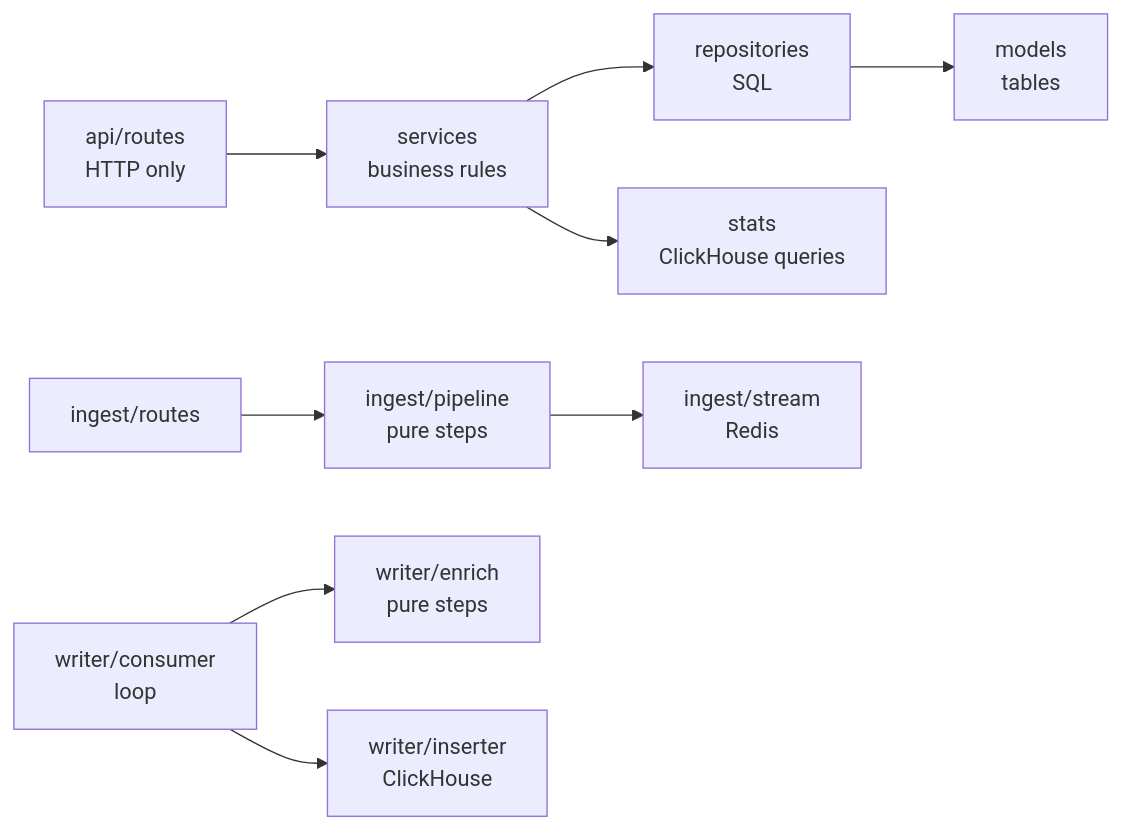
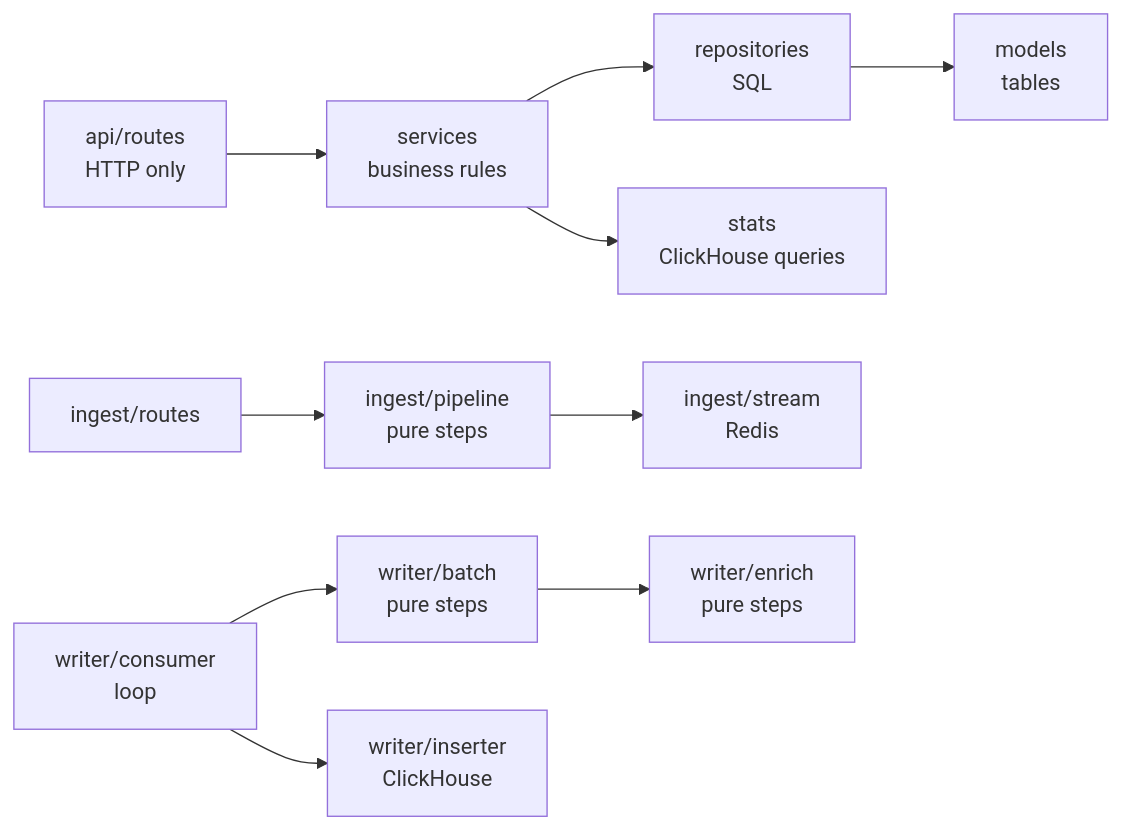
Before and after one commit to AntonBurduzha/mieru: the diagram in docs/conventions.md, drawn with Mermaid. The commit also changed other lines of this file and 25 other files, not shown here.

````diff
--- a/docs/conventions.md
+++ b/docs/conventions.md
@@ -112,11 +112,12 @@
 ```mermaid
 flowchart LR
     R["api/routes<br/>HTTP only"] --> S["services<br/>business rules"]
     S --> P["repositories<br/>SQL"]
     P --> M["models<br/>tables"]
     S --> ST["stats<br/>ClickHouse queries"]
     I["ingest/routes"] --> PL["ingest/pipeline<br/>pure steps"]
     PL --> SR["ingest/stream<br/>Redis"]
-    W["writer/consumer<br/>loop"] --> E["writer/enrich<br/>pure steps"]
+    W["writer/consumer<br/>loop"] --> B["writer/batch<br/>pure steps"]
+    B --> E["writer/enrich<br/>pure steps"]
     W --> IN["writer/inserter<br/>ClickHouse"]
 ```
````
